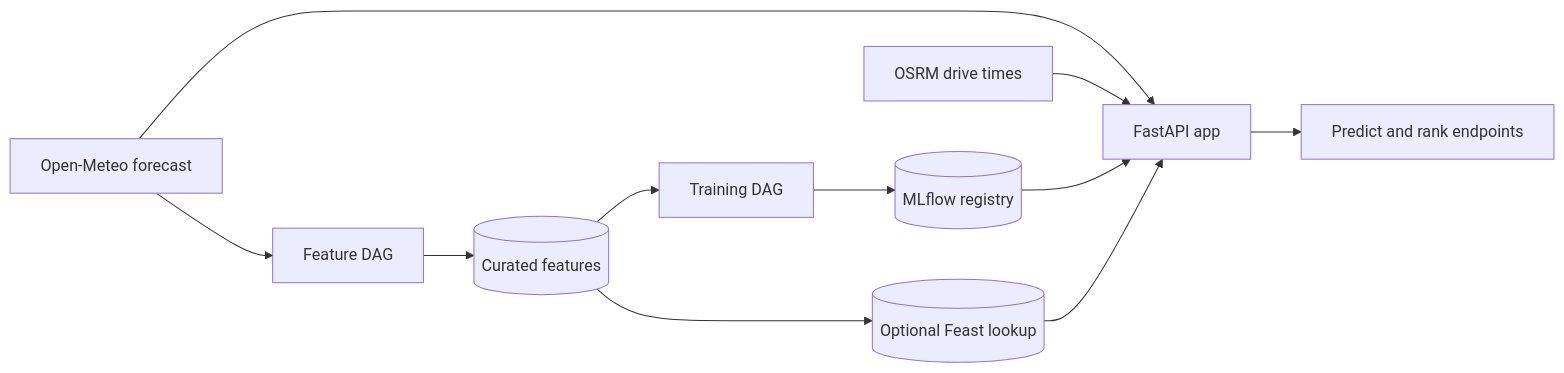
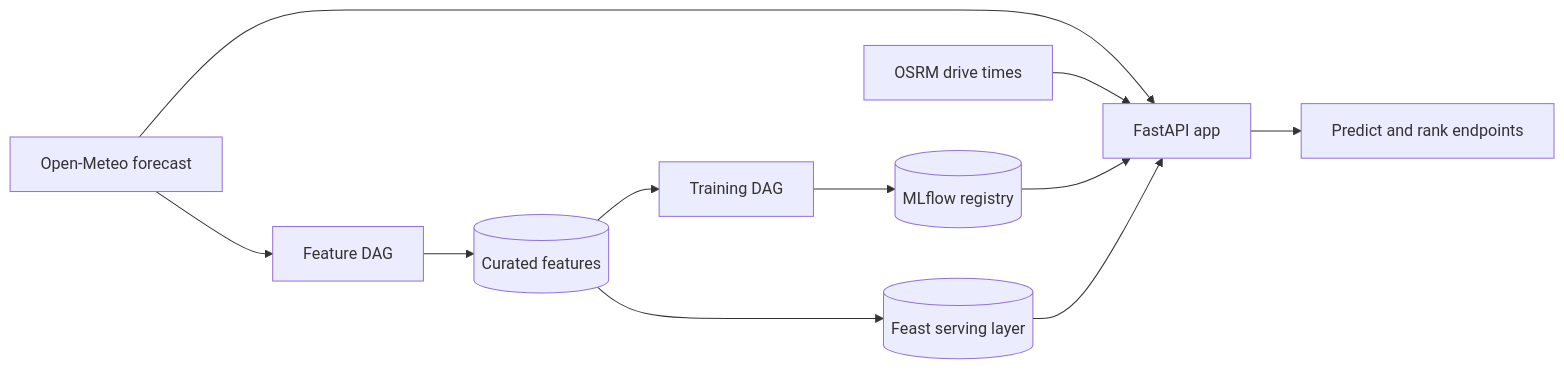
One commit to javihslu/foehncast changed the diagram in docs/site/index.md. Above: the diagram before and after it, drawn with Mermaid. The commit also changed 64 other files, not shown here.

```diff
--- a/docs/site/index.md
+++ b/docs/site/index.md
@@ -27,15 +27,15 @@
 <div class="mermaid">
 flowchart LR
     OME[Open-Meteo forecast] --> FEAT[Feature DAG]
     FEAT --> PAR[(Curated features)]
     PAR --> TRAIN[Training DAG]
     TRAIN --> MLF[(MLflow registry)]
 
     OME --> APP[FastAPI app]
     OSRM[OSRM drive times] --> APP
     MLF --> APP
     APP --> API[Predict and rank endpoints]
 
-    PAR --> FEAST[(Optional Feast lookup)]
+    PAR --> FEAST[(Feast serving layer)]
     FEAST --> APP
 </div>
```
